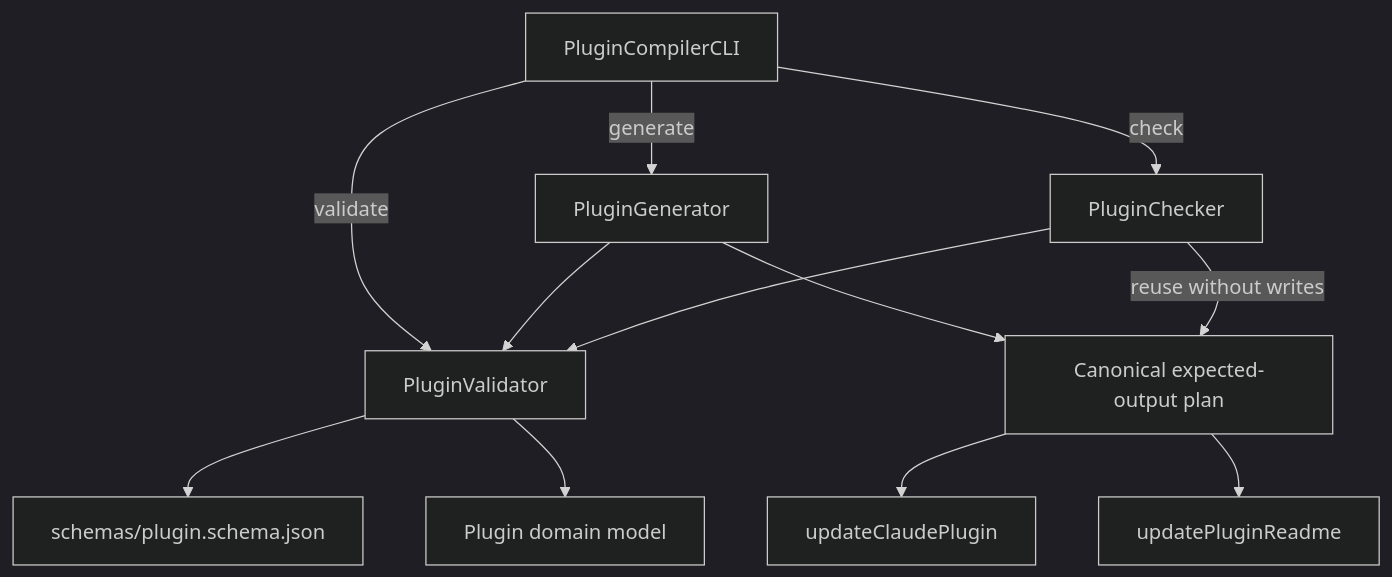
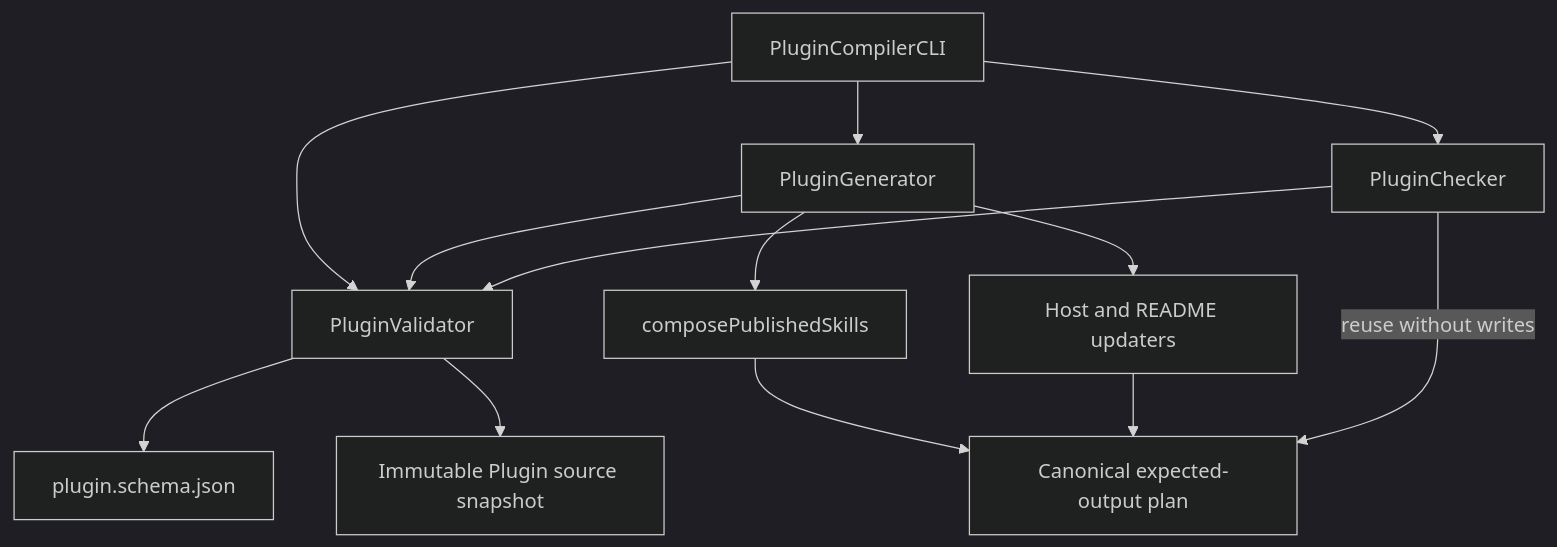
The first of 2 diagrams in tools/plugin-compiler/README.md (fam-tung-lam/ptlam-skills), drawn with Mermaid (dark theme) before and after one commit. The commit also changed other lines of this file and 277 other files, not shown here.

````diff
--- a/tools/plugin-compiler/README.md
+++ b/tools/plugin-compiler/README.md
@@ -65,24 +208,25 @@
 ```mermaid
 flowchart TD
   CLI[PluginCompilerCLI]
   Validator[PluginValidator]
+  Schema[plugin.schema.json]
+  Model[Immutable Plugin source snapshot]
   Generator[PluginGenerator]
+  Composer[composePublishedSkills]
+  Updaters[Host and README updaters]
+  Plan[Canonical expected-output plan]
   Checker[PluginChecker]
-  Schema[schemas/plugin.schema.json]
-  Plugin[Plugin domain model]
-  Plan[Canonical expected-output plan]
-  Claude[updateClaudePlugin]
-  Readme[updatePluginReadme]
 
-  CLI -->|validate| Validator
-  CLI -->|generate| Generator
-  CLI -->|check| Checker
+  CLI --> Validator
+  CLI --> Generator
+  CLI --> Checker
+  Validator --> Schema
+  Validator --> Model
   Generator --> Validator
+  Generator --> Composer
+  Generator --> Updaters
+  Composer --> Plan
+  Updaters --> Plan
   Checker --> Validator
-  Validator --> Schema
-  Validator --> Plugin
-  Generator --> Plan
-  Plan --> Claude
-  Plan --> Readme
   Checker -->|reuse without writes| Plan
 ```
````
